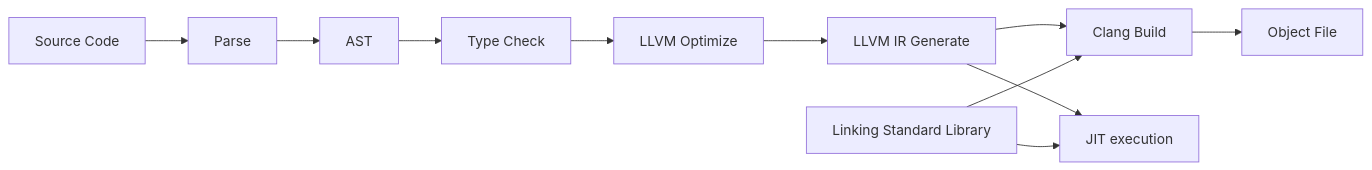
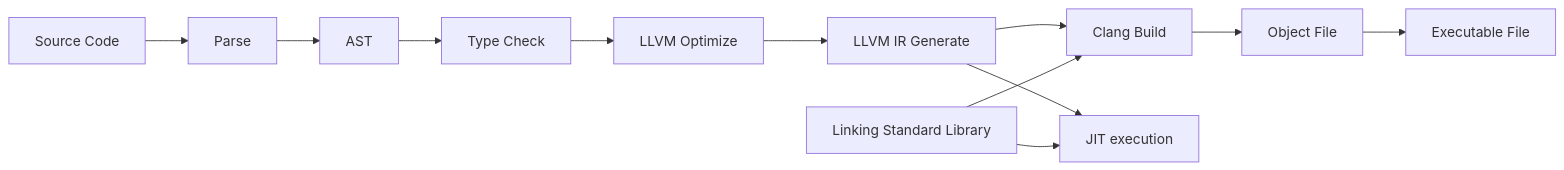
Before and after one commit to yulmwu/swua: the diagram in README.md, drawn with Mermaid. The commit also changed other lines of this file, not shown here.

````diff
--- a/README.md
+++ b/README.md
@@ -5,13 +5,14 @@
 ```mermaid
 graph LR
     A[Source Code] --> C[Parse]
     C --> D[AST]
     D --> E[Type Check]
     E --> F[LLVM Optimize]
     F --> G[LLVM IR Generate]
     G --> H[Clang Build]
     G --> K[JIT execution]
     I[Linking Standard Library] --> H
     I --> K
     H --> J[Object File]
+    J --> L[Executable File]
 ```
````
